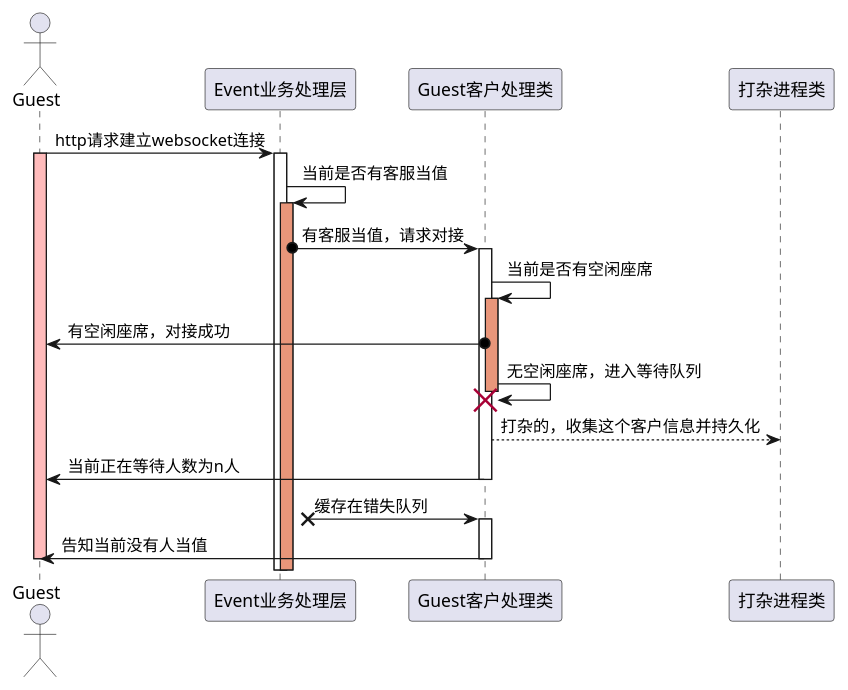
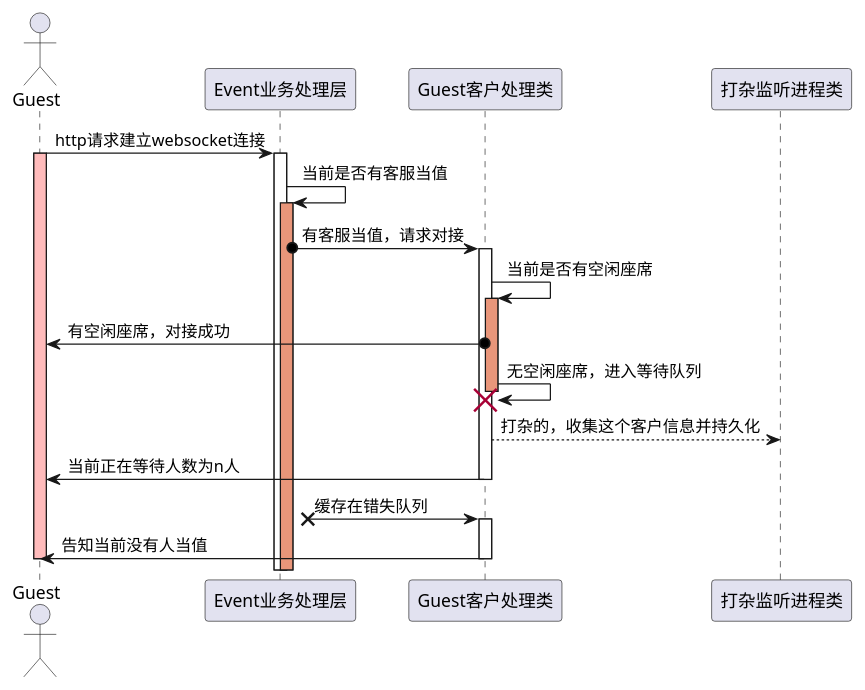
The diagram in docs/dev/framework.md (eletronchat/eletronchat_doc), drawn with PlantUML before and after one commit.

Commit message:
编辑《整体架构》

````diff
--- a/docs/dev/framework.md
+++ b/docs/dev/framework.md
@@ -91,35 +91,35 @@
 ```plantuml
 @startuml
 actor Guest
 Guest->Event业务处理层:http请求建立websocket连接
 activate Guest #FFBBBB
 activate Event业务处理层
 
 Event业务处理层->Event业务处理层:当前是否有客服当值
 activate Event业务处理层 #DarkSalmon
 
 Event业务处理层 o-> Guest客户处理类:有客服当值，请求对接
 activate Guest客户处理类
 
 Guest客户处理类 -> Guest客户处理类: 当前是否有空闲座席
 activate Guest客户处理类 #DarkSalmon
 
 Guest客户处理类 o-> Guest: 有空闲座席，对接成功
 
 Guest客户处理类 -> Guest客户处理类:无空闲座席，进入等待队列
 destroy Guest客户处理类
 
-Guest客户处理类 --> 打杂进程类: 打杂的，收集这个客户信息并持久化
+Guest客户处理类 --> 打杂监听进程类: 打杂的，收集这个客户信息并持久化
 
 Guest客户处理类 -> Guest: 当前正在等待人数为n人
 deactivate Guest客户处理类
 
 Event业务处理层 x-> Guest客户处理类:缓存在错失队列
 activate Guest客户处理类
 
 Guest客户处理类 -> Guest:告知当前没有人当值
 deactivate Guest客户处理类 
 deactivate Guest
 
 @enduml
 ```
````
